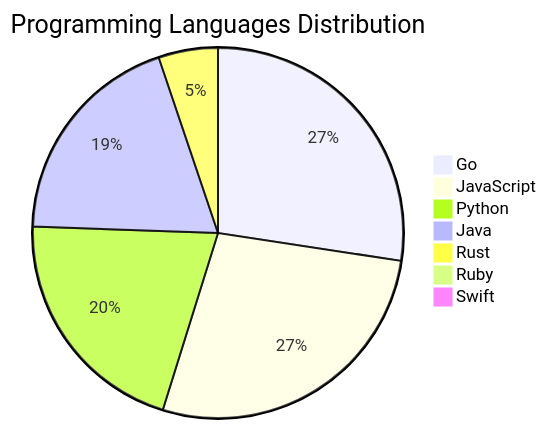
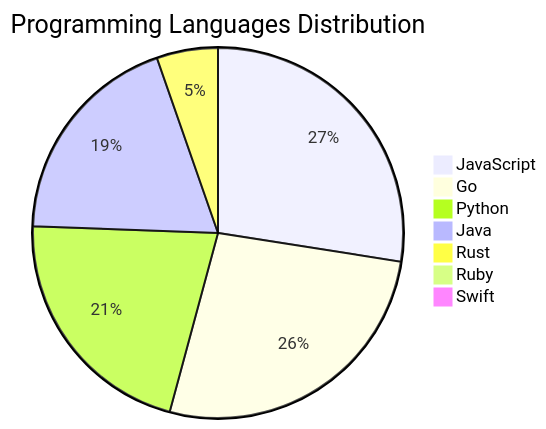
The diagram in README.md (Derrick-MUGISHA/github-activity-bot), drawn with Mermaid before and after one commit. The commit also changed other lines of this file and 4 other files, not shown here.

````diff
--- a/README.md
+++ b/README.md
@@ -207,10 +207,10 @@
 ```mermaid
 pie title Programming Languages Distribution
-    "Go" : 37
-    "JavaScript" : 37
+    "JavaScript" : 36
+    "Go" : 35
     "Python" : 28
-    "Java" : 26
+    "Java" : 25
     "Rust" : 7
     "Ruby" : 1
     "Swift" : 1
 ```
````
